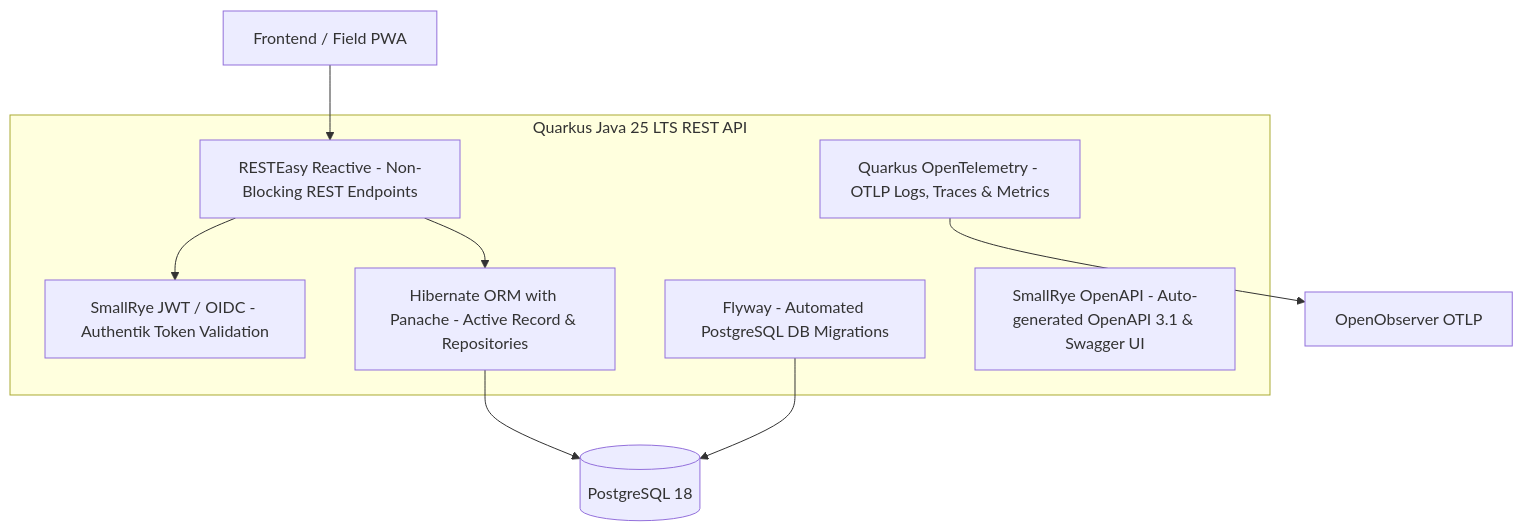
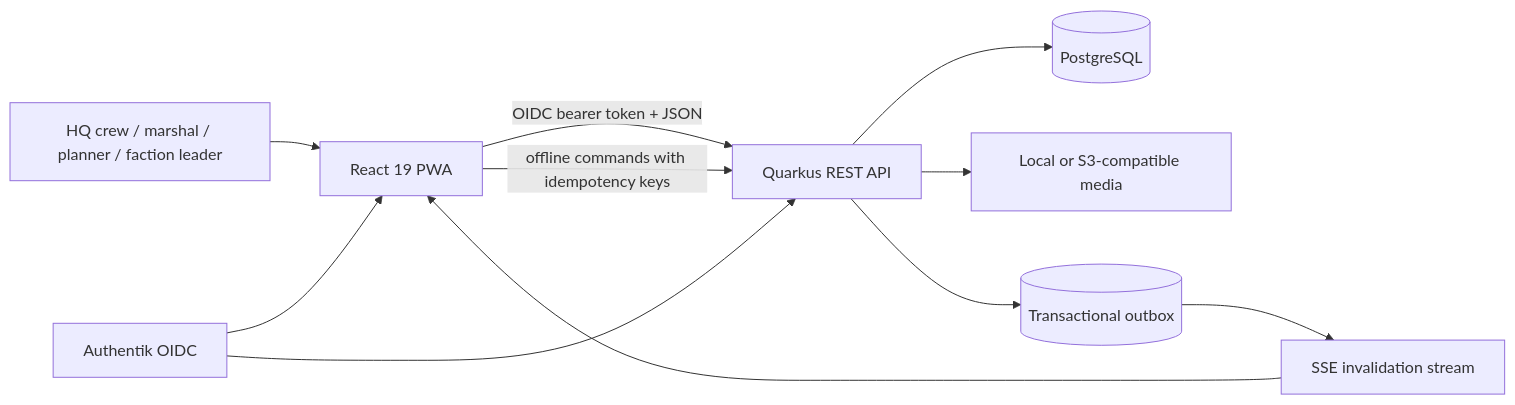
Before and after one commit to Voxel07/inventory: the diagram in REQUIREMENTS_ARCHITECTURE.md, drawn with Mermaid. The commit also changed other lines of this file and 104 other files, not shown here.

Commit message:
refactor architecture and remove legacy code

````diff
--- a/REQUIREMENTS_ARCHITECTURE.md
+++ b/REQUIREMENTS_ARCHITECTURE.md
@@ -237,18 +23,13 @@
 ```mermaid
-flowchart TD
-    subgraph QuarkusApp [Quarkus Java 25 LTS REST API]
-        R[RESTEasy Reactive - Non-Blocking REST Endpoints]
-        OIDC[SmallRye JWT / OIDC - Authentik Token Validation]
-        ORM[Hibernate ORM with Panache - Active Record & Repositories]
-        FLY[Flyway - Automated PostgreSQL DB Migrations]
-        OTEL[Quarkus OpenTelemetry - OTLP Logs, Traces & Metrics]
-        OPENAPI[SmallRye OpenAPI - Auto-generated OpenAPI 3.1 & Swagger UI]
-    end
-
-    Client[Frontend / Field PWA] --> R
-    R --> OIDC
-    R --> ORM
-    ORM --> DB[(PostgreSQL 18)]
-    FLY --> DB
-    OTEL --> OO[OpenObserver OTLP]
+flowchart LR
+    User[HQ crew / marshal / planner / faction leader] --> PWA[React 19 PWA]
+    PWA -->|OIDC bearer token + JSON| API[Quarkus REST API]
+    PWA -->|offline commands with idempotency keys| API
+    API --> DB[(PostgreSQL)]
+    API --> Media[Local or S3-compatible media]
+    API --> Outbox[(Transactional outbox)]
+    Outbox --> SSE[SSE invalidation stream]
+    SSE --> PWA
+    Auth[Authentik OIDC] --> PWA
+    Auth --> API
 ```
````
